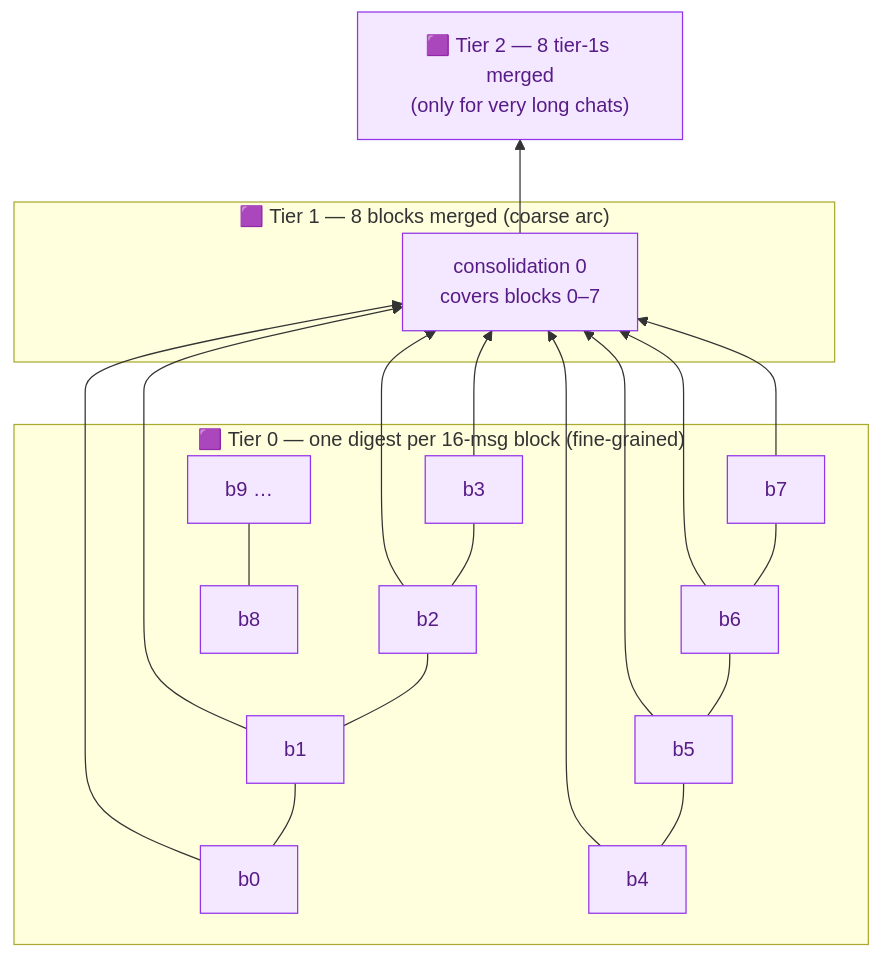
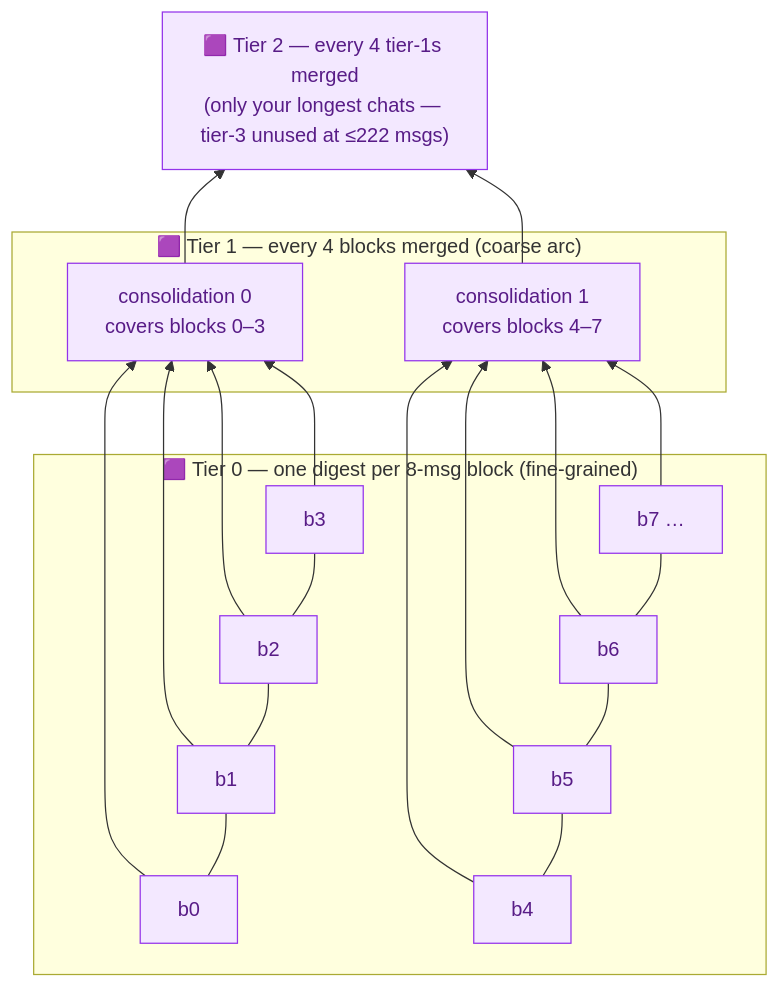
Before and after one commit to Inktomi93/neo-tavern: the fifth of 8 diagrams in docs/memory-diagram.md, drawn with Mermaid. The commit also changed other lines of this file and 1 other file, not shown here.

````diff
--- a/docs/memory-diagram.md
+++ b/docs/memory-diagram.md
@@ -169,22 +169,23 @@
 ```mermaid
 flowchart BT
-    subgraph T0["🟪 Tier 0 — one digest per 16-msg block (fine-grained)"]
+    subgraph T0["🟪 Tier 0 — one digest per 8-msg block (fine-grained)"]
         b0["b0"]:::digest --- b1["b1"]:::digest --- b2["b2"]:::digest --- b3["b3"]:::digest
-        b4["b4"]:::digest --- b5["b5"]:::digest --- b6["b6"]:::digest --- b7["b7"]:::digest
-        b8["b8"]:::digest --- b9["b9 …"]:::digest
+        b4["b4"]:::digest --- b5["b5"]:::digest --- b6["b6"]:::digest --- b7["b7 …"]:::digest
     end
-    subgraph T1["🟪 Tier 1 — 8 blocks merged (coarse arc)"]
-        c0["consolidation 0<br/>covers blocks 0–7"]:::digest
+    subgraph T1["🟪 Tier 1 — every 4 blocks merged (coarse arc)"]
+        c0["consolidation 0<br/>covers blocks 0–3"]:::digest
+        c1["consolidation 1<br/>covers blocks 4–7"]:::digest
     end
     b0 --> c0
     b1 --> c0
     b2 --> c0
     b3 --> c0
-    b4 --> c0
-    b5 --> c0
-    b6 --> c0
-    b7 --> c0
-    c0 --> T2["🟪 Tier 2 — 8 tier-1s merged<br/>(only for very long chats)"]:::digest
+    b4 --> c1
+    b5 --> c1
+    b6 --> c1
+    b7 --> c1
+    c0 --> T2["🟪 Tier 2 — every 4 tier-1s merged<br/>(only your longest chats — tier-3 unused at ≤222 msgs)"]:::digest
+    c1 --> T2
 
     classDef digest fill:#f3e8ff,stroke:#9333ea,color:#581c87;
 ```
````
